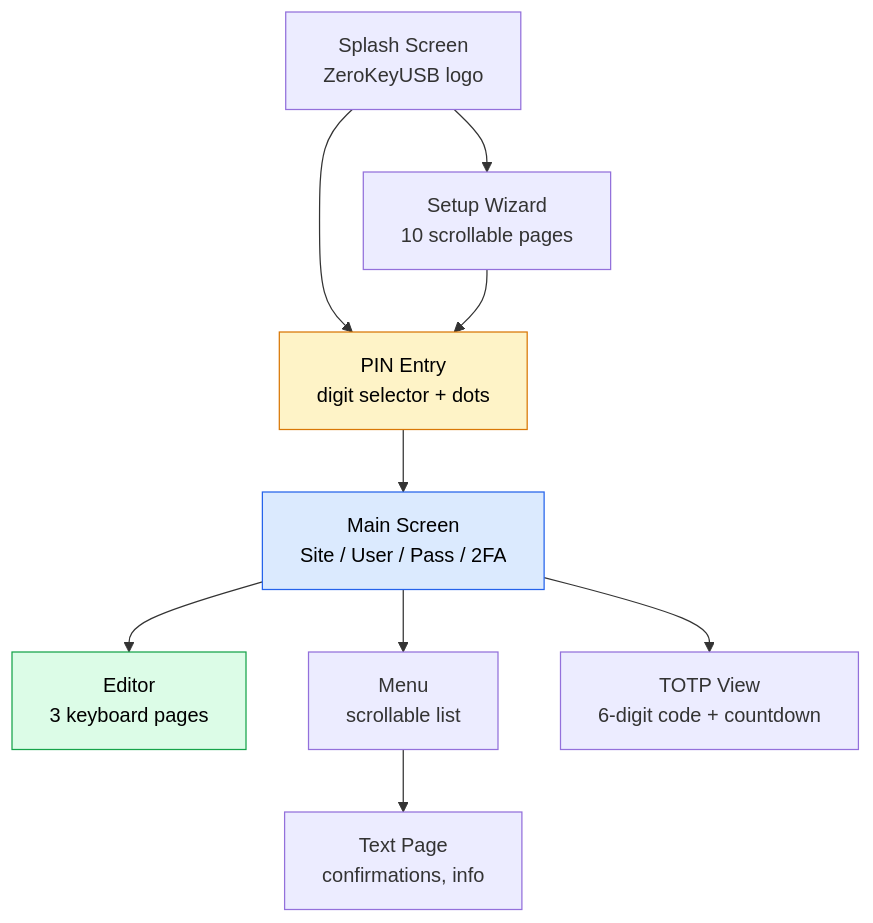
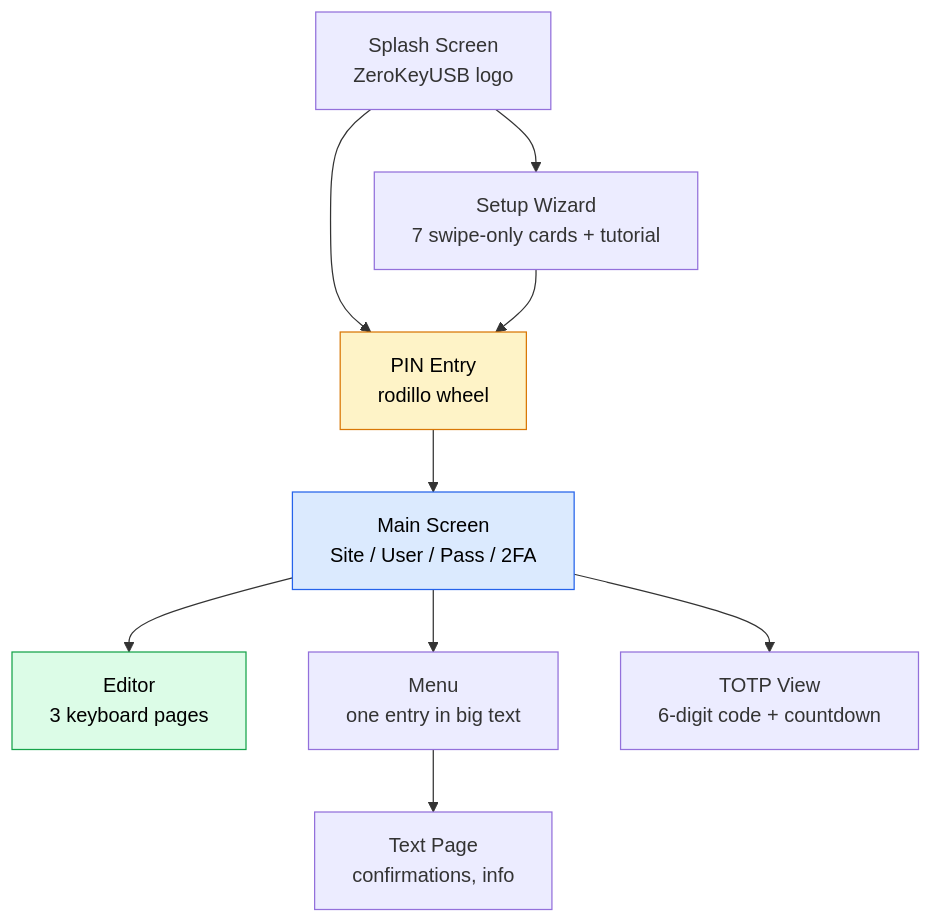
Before and after one commit to Depbit-lab/docsZerokeyUSB: the first of 2 diagrams in firmware/display.mdx, drawn with Mermaid. The commit also changed other lines of this file and 78 other files, not shown here.

First line of the commit message:
docs: firmware 1.1.0 - gestures, rodillo PIN, 7-step setup

````diff
--- a/firmware/display.mdx
+++ b/firmware/display.mdx
@@ -15,24 +15,24 @@
 ```mermaid
 graph TD
     SPLASH["Splash Screen<br/>ZeroKeyUSB logo"]
-    SETUP["Setup Wizard<br/>10 scrollable pages"]
-    PIN["PIN Entry<br/>digit selector + dots"]
+    SETUP["Setup Wizard<br/>7 swipe-only cards + tutorial"]
+    PIN["PIN Entry<br/>rodillo wheel"]
     MAIN["Main Screen<br/>Site / User / Pass / 2FA"]
     EDIT["Editor<br/>3 keyboard pages"]
-    MENU["Menu<br/>scrollable list"]
+    MENU["Menu<br/>one entry in big text"]
     TOTP["TOTP View<br/>6-digit code + countdown"]
     TEXT["Text Page<br/>confirmations, info"]
     
     SPLASH --> SETUP
     SPLASH --> PIN
     SETUP --> PIN
     PIN --> MAIN
     MAIN --> EDIT
     MAIN --> MENU
     MAIN --> TOTP
     MENU --> TEXT
     
     style PIN fill:#fef3c7,stroke:#d97706,color:#000
     style MAIN fill:#dbeafe,stroke:#2563eb,color:#000
     style EDIT fill:#dcfce7,stroke:#16a34a,color:#000
 ```
````
